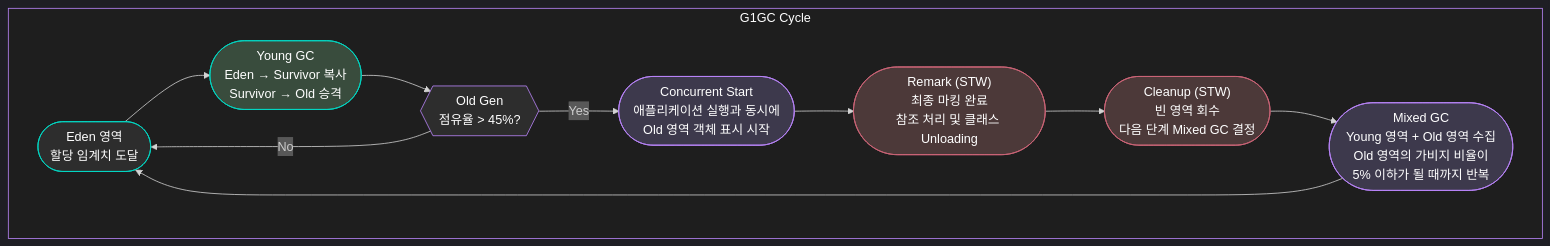
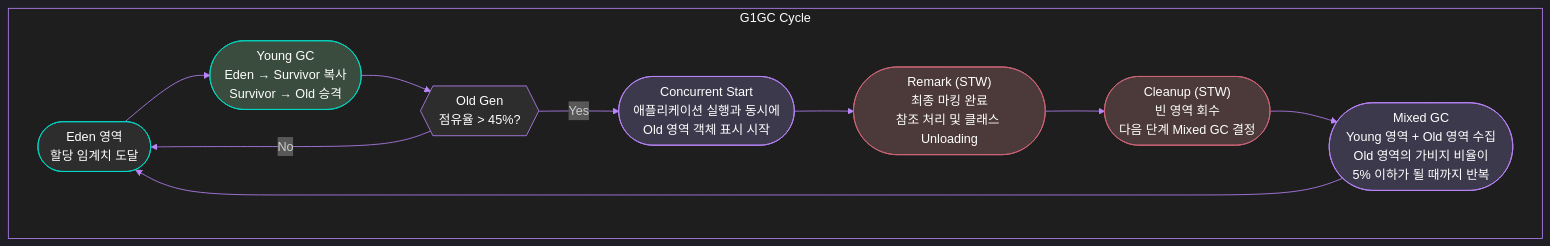
The second of 2 diagrams in _posts/2023-10-10-JVM-GC.md (K-Diger/K-Diger.github.io), drawn with Mermaid before and after one commit. The commit also changed other lines of this file, not shown here.

Commit message:
G1GC mermaid

````diff
--- a/_posts/2023-10-10-JVM-GC.md
+++ b/_posts/2023-10-10-JVM-GC.md
@@ -196,33 +196,43 @@
 ```mermaid
 %%{
  init: {
-   'theme': 'dark'
+   'theme': 'dark',
+   'themeVariables': {
+     'primaryColor': '#2d2d2d',
+     'primaryTextColor': '#fff',
+     'primaryBorderColor': '#03dac6',
+     'lineColor': '#bb86fc',
+     'secondaryColor': '#03dac6',
+     'tertiaryColor': '#cf6679',
+     'mainBkg': '#1e1e1e',
+     'secondaryBkg': '#1e1e1e'
+   }
  }
 }%%
 graph TB
    subgraph G1GC["G1GC Cycle"]
        direction LR
        Start(["Eden 영역<br>할당 임계치 도달"]) -->
        Y1(["Young GC<br>Eden → Survivor 복사<br>Survivor → Old 승격"]) -->
        Y2{{"Old Gen<br>점유율 > 45%?"}}
        Y2 -->|Yes| CS(["Concurrent Start<br>애플리케이션 실행과 동시에<br>Old 영역 객체 표시 시작"])
        Y2 -->|No| Start
        CS --> RM(["Remark (STW)<br>최종 마킹 완료<br>참조 처리 및 클래스 Unloading"]) -->
        CL(["Cleanup (STW)<br>빈 영역 회수<br>다음 단계 Mixed GC 결정"]) -->
        MX(["Mixed GC<br>Young 영역 + Old 영역 수집<br>Old 영역의 가비지 비율이<br>5% 이하가 될 때까지 반복"]) --> Start
    end
 
    classDef trigger fill:#2d2d2d,stroke:#03dac6,color:#fff
    classDef youngPhase fill:#394c3d,stroke:#03dac6,color:#fff
    classDef decision fill:#2d2d2d,stroke:#bb86fc,color:#fff
    classDef stw fill:#4c3939,stroke:#cf6679,color:#fff
    classDef mixed fill:#3d394c,stroke:#bb86fc,color:#fff
 
    class Start trigger
    class Y1 youngPhase
    class Y2 decision
    class RM,CL stw
    class CS,MX mixed
 
    style G1GC fill:#1e1e1e,stroke:#bb86fc,color:#fff
 ```
````
